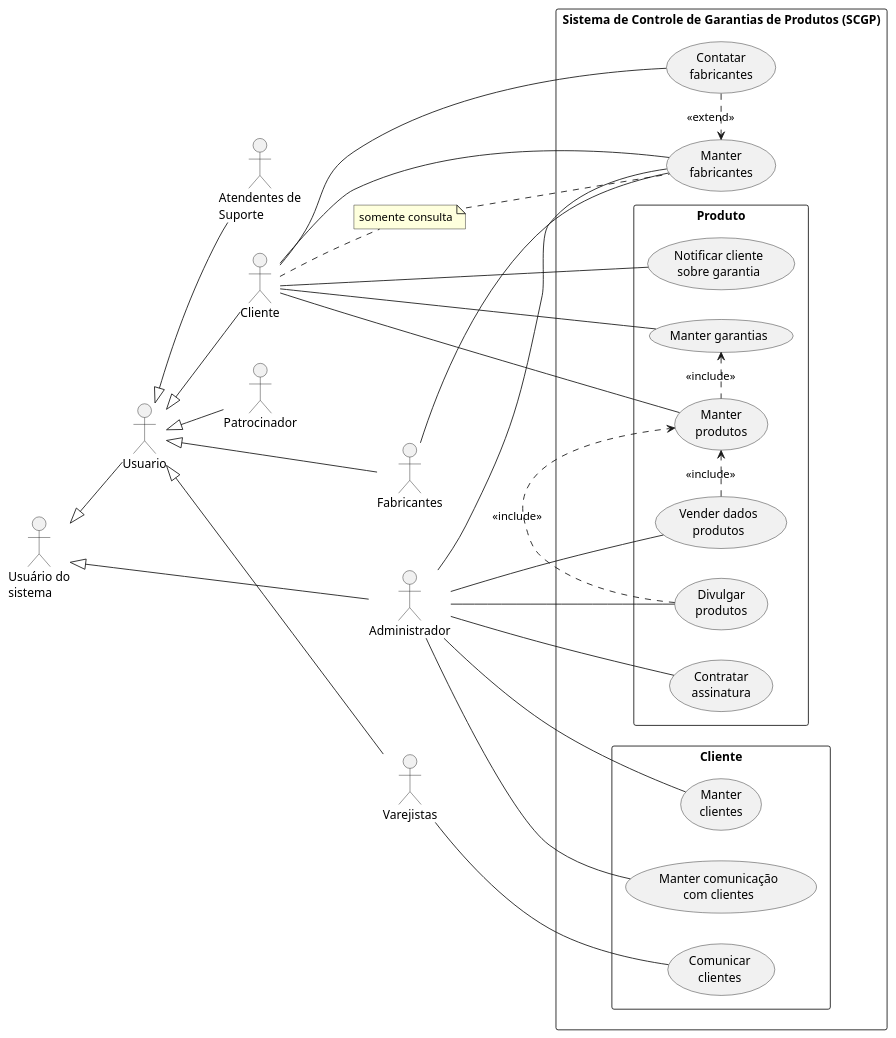
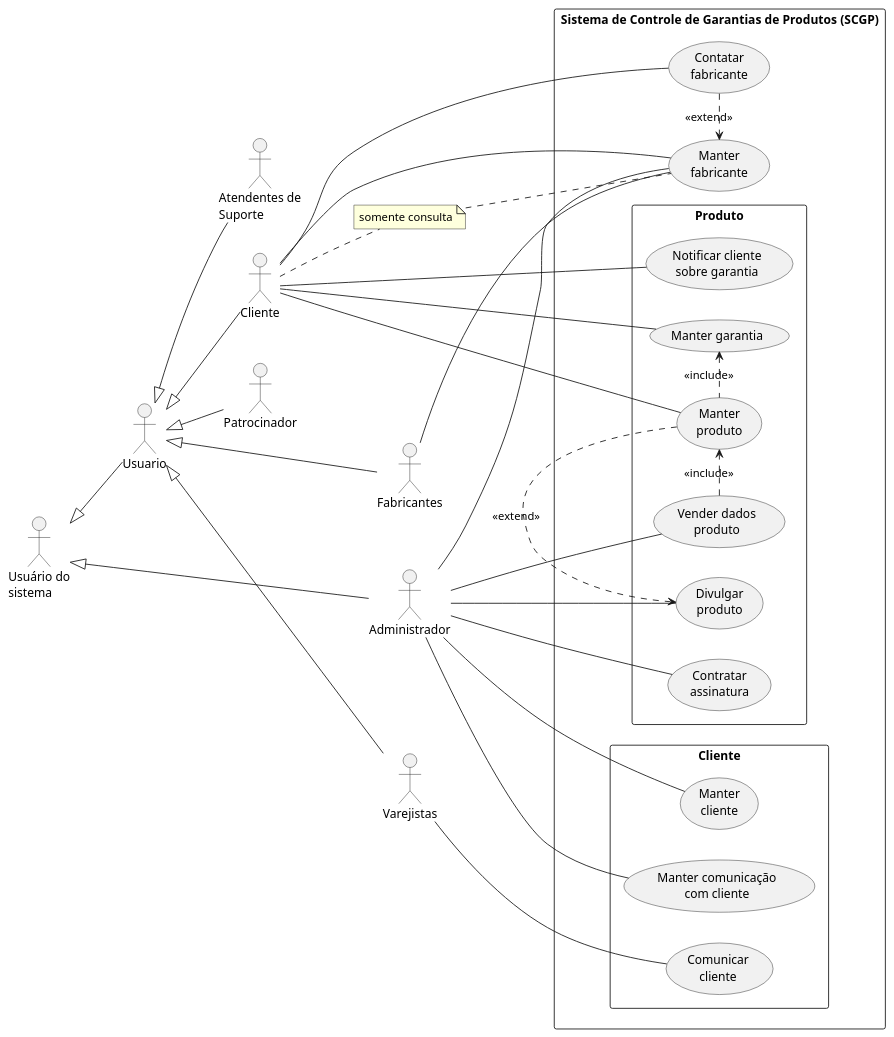
Before and after one commit to maxwellamaral/maxwellamaral.github.io: the diagram in docs/assets/puml/usecase_view.puml, drawn with PlantUML. The commit also changed 9 other files, not shown here.

Commit message:
🎨 Atualizadas as lições sobre Visão UML

```diff
--- a/docs/assets/puml/usecase_view.puml
+++ b/docs/assets/puml/usecase_view.puml
@@ -1,73 +1,73 @@
 @startuml
 
 left to right direction
 skinparam packageStyle rectangle
 actor "Usuário do\nsistema" as us
 actor Usuario as u
 actor Cliente as c
 actor Administrador as adm
 actor Patrocinador as p
 actor Fabricantes as f
 actor Varejistas as v
 actor "Atendentes de\nSuporte" as a
 
 rectangle "Sistema de Controle de Garantias de Produtos (SCGP)" {
     package "Produto" {
-        usecase "Manter\nprodutos" as uc_manter_produtos
+        usecase "Manter\nproduto" as uc_manter_produtos
         usecase "Contratar\nassinatura" as uc_contratar_assinatura
-        usecase "Divulgar\nprodutos" as uc_divulgar_produtos
-        usecase "Vender dados\nprodutos" as uc_vender_dados_produtos
+        usecase "Divulgar\nproduto" as uc_divulgar_produtos
+        usecase "Vender dados\nproduto" as uc_vender_dados_produtos
         usecase "Notificar cliente\nsobre garantia" as uc_notificar_cliente_sobre_garantia
-        usecase "Manter garantias" as uc_manter_garantias
+        usecase "Manter garantia" as uc_manter_garantias
     }
     package "Cliente" {
-        usecase "Manter\nclientes" as uc_manter_clientes
-        usecase "Comunicar\nclientes" as uc_comunicar_clientes
-        usecase "Manter comunicação\ncom clientes" as uc_manter_comunicacao_clientes
+        usecase "Manter\ncliente" as uc_manter_clientes
+        usecase "Comunicar\ncliente" as uc_comunicar_clientes
+        usecase "Manter comunicação\ncom cliente" as uc_manter_comunicacao_clientes
     }
-    usecase "Manter\nfabricantes" as uc_manter_fabricantes
-    usecase "Contatar\nfabricantes" as uc_contatar_fabricantes
+    usecase "Manter\nfabricante" as uc_manter_fabricantes
+    usecase "Contatar\nfabricante" as uc_contatar_fabricantes
 }
 
 us <|-- u
 us <|-- adm
 u <|-- c
 u <|-- a
 u <|-- p
 u <|-- f
 u <|-- v
 
 c -- uc_manter_garantias
 uc_manter_garantias <. uc_manter_produtos: <<include>>
 
 c -- uc_manter_produtos
 adm -- uc_contratar_assinatura
 
 adm -- uc_vender_dados_produtos
 uc_vender_dados_produtos .> uc_manter_produtos: <<include>>
 
 adm -- uc_divulgar_produtos
-uc_divulgar_produtos .> uc_manter_produtos: <<include>>
+uc_divulgar_produtos <. uc_manter_produtos: <<extend>>
 
 adm -- uc_manter_clientes
 
 adm -- uc_manter_comunicacao_clientes
 ' uc_manter_comunicacao_clientes .> uc_manter_clientes: <<include>>
 
 v -- uc_comunicar_clientes
 ' uc_comunicar_clientes .> uc_manter_clientes: <<include>>
 
 c -- uc_notificar_cliente_sobre_garantia
 
 adm -- uc_manter_fabricantes
 f -- uc_manter_fabricantes
 
 note "somente consulta" as N1
 
 c -- uc_manter_fabricantes
 c .. N1
 N1 .. uc_manter_fabricantes
 
 c -- uc_contatar_fabricantes
 uc_contatar_fabricantes .> uc_manter_fabricantes: <<extend>>
 @enduml
```
